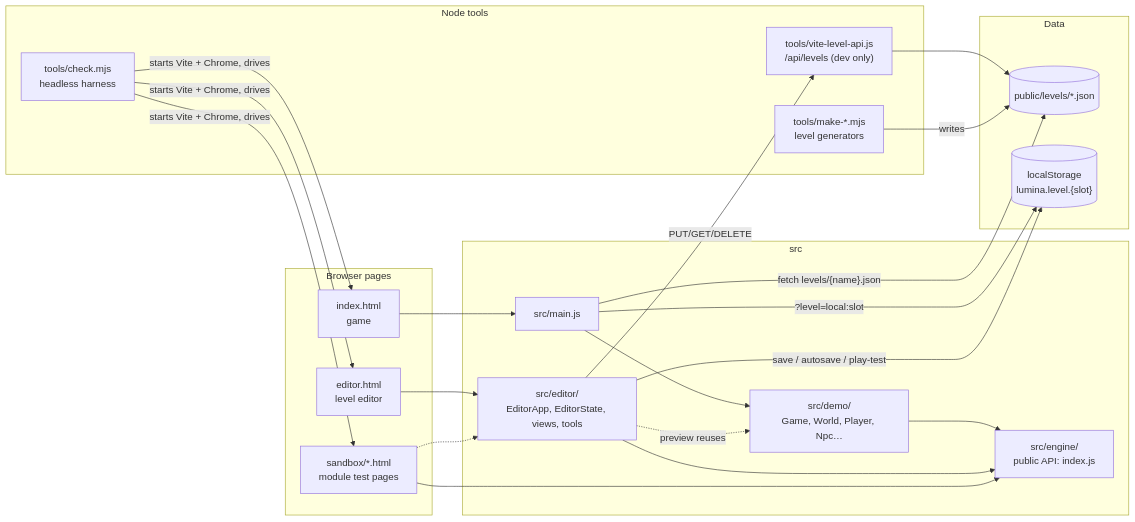
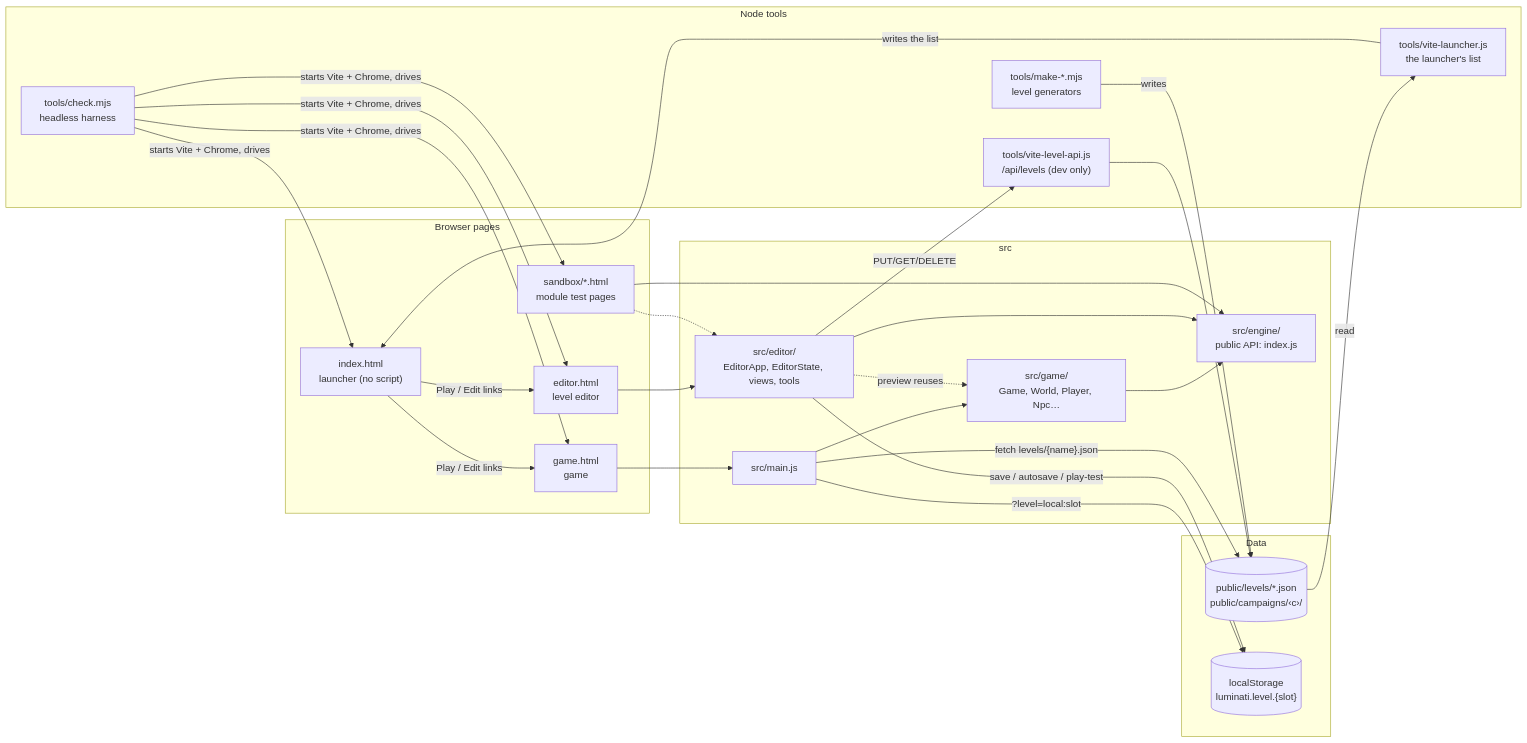
The first of 7 diagrams in docs/architecture/OVERVIEW.md (Leemonztuff/SoulDolls-Lumina), drawn with Mermaid before and after one commit. The commit also changed other lines of this file and 586 other files, not shown here.

````diff
--- a/docs/architecture/OVERVIEW.md
+++ b/docs/architecture/OVERVIEW.md
@@ -52,34 +55,39 @@
 ```mermaid
 flowchart LR
   subgraph PAGES["Browser pages"]
-    IDX["index.html<br/>game"]
+    LCH["index.html<br/>launcher (no script)"]
+    IDX["game.html<br/>game"]
     ED["editor.html<br/>level editor"]
     SB["sandbox/*.html<br/>module test pages"]
   end
   subgraph SRC["src"]
     MAIN["src/main.js"]
-    DEMO["src/demo/<br/>Game, World, Player, Npc…"]
+    GAME["src/game/<br/>Game, World, Player, Npc…"]
     EDIT["src/editor/<br/>EditorApp, EditorState, views, tools"]
     ENG["src/engine/<br/>public API: index.js"]
   end
   subgraph DATA["Data"]
-    LV[("public/levels/*.json")]
-    LS[("localStorage<br/>lumina.level.{slot}")]
+    LV[("public/levels/*.json<br/>public/campaigns/‹c›/")]
+    LS[("localStorage<br/>luminati.level.{slot}")]
   end
   subgraph NODE["Node tools"]
     API["tools/vite-level-api.js<br/>/api/levels (dev only)"]
+    LAU["tools/vite-launcher.js<br/>the launcher's list"]
     GEN["tools/make-*.mjs<br/>level generators"]
     CHK["tools/check.mjs<br/>headless harness"]
   end
-  IDX --> MAIN --> DEMO --> ENG
+  LCH -- "Play / Edit links" --> IDX & ED
+  LV -- "read" --> LAU
+  LAU -- "writes the list" --> LCH
+  IDX --> MAIN --> GAME --> ENG
   ED --> EDIT --> ENG
-  EDIT -. "preview reuses" .-> DEMO
+  EDIT -. "preview reuses" .-> GAME
   SB --> ENG
   SB -.-> EDIT
   MAIN -- "fetch levels/{name}.json" --> LV
   MAIN -- "?level=local:slot" --> LS
   EDIT -- "PUT/GET/DELETE" --> API --> LV
   EDIT -- "save / autosave / play-test" --> LS
   GEN -- "writes" --> LV
-  CHK -- "starts Vite + Chrome, drives" --> IDX & ED & SB
+  CHK -- "starts Vite + Chrome, drives" --> LCH & IDX & ED & SB
 ```
````
